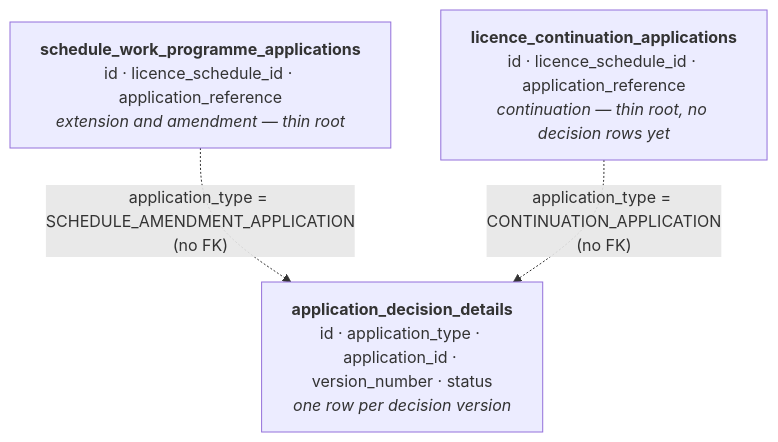
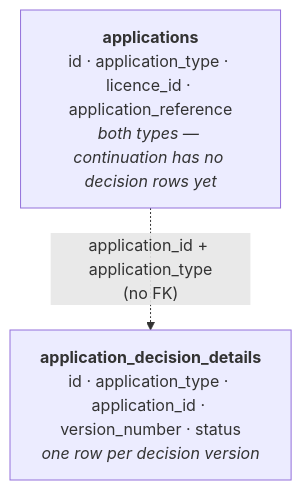
The diagram in documentation/businessandtechnical/application-decisions-data-model.md (North-Sea-Transition-Authority/licensing-management-service), drawn with Mermaid before and after one commit. The commit also changed other lines of this file and 56 other files, not shown here.

````diff
--- a/documentation/businessandtechnical/application-decisions-data-model.md
+++ b/documentation/businessandtechnical/application-decisions-data-model.md
@@ -52,9 +50,7 @@
 ```mermaid
 flowchart TB
-    SWPA["<b>schedule_work_programme_applications</b><br/>id · licence_schedule_id · application_reference<br/><i>extension and amendment — thin root</i>"]
-    LCA["<b>licence_continuation_applications</b><br/>id · licence_schedule_id · application_reference<br/><i>continuation — thin root, no decision rows yet</i>"]
+    APP["<b>applications</b><br/>id · application_type · licence_id · application_reference<br/><i>both types — continuation has no decision rows yet</i>"]
     ADD["<b>application_decision_details</b><br/>id · application_type · application_id · version_number · status<br/><i>one row per decision version</i>"]
 
-    SWPA -. "application_type = SCHEDULE_AMENDMENT_APPLICATION<br/>(no FK)" .-> ADD
-    LCA -. "application_type = CONTINUATION_APPLICATION<br/>(no FK)" .-> ADD
+    APP -. "application_id + application_type<br/>(no FK)" .-> ADD
 ```
````
